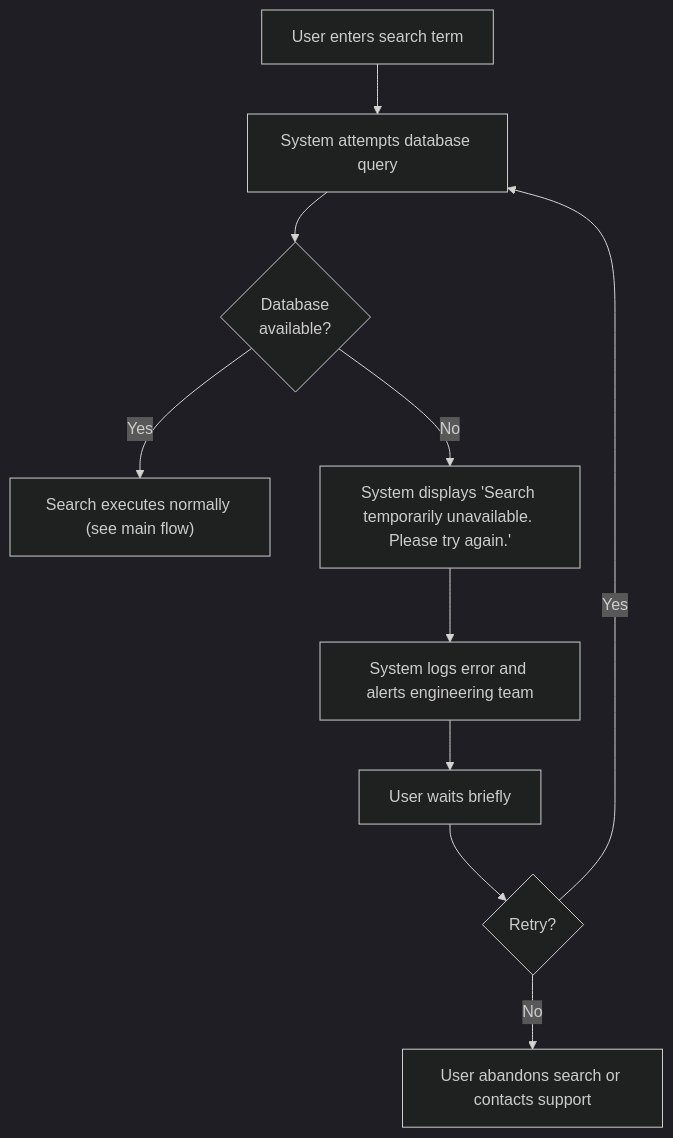
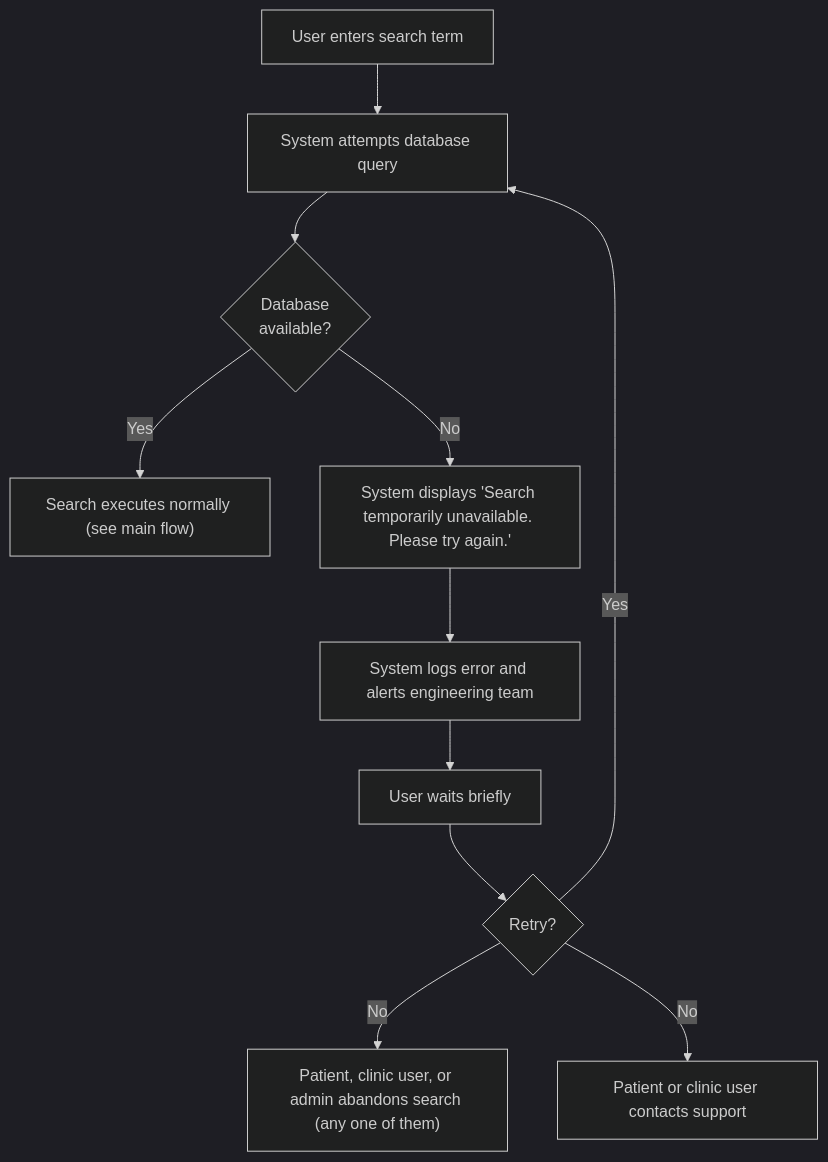
The eighth of 8 diagrams in project-requirements/functional-requirements/fr022-search-filtering/prd.md (joachimtrungtuan/hairline-pm-docs), drawn with Mermaid (dark theme) before and after one commit. The commit also changed other lines of this file and 40 other files, not shown here.

````diff
--- a/project-requirements/functional-requirements/fr022-search-filtering/prd.md
+++ b/project-requirements/functional-requirements/fr022-search-filtering/prd.md
@@ -302,12 +302,13 @@
 ```mermaid
 flowchart TD
   ENTER["User enters search term"] --> ATTEMPT["System attempts database query"]
   ATTEMPT --> STATUS{"Database\navailable?"}
   STATUS -- "Yes" --> SUCCESS["Search executes normally (see main flow)"]
   STATUS -- "No" --> FAIL["System displays 'Search temporarily unavailable. Please try again.'"]
   FAIL --> LOG["System logs error and alerts engineering team"]
   LOG --> WAIT["User waits briefly"]
   WAIT --> RETRY{"Retry?"}
   RETRY -- "Yes" --> ATTEMPT
-  RETRY -- "No" --> ABANDON["User abandons search or contacts support"]
+  RETRY -- "No" --> ABANDON["Patient, clinic user, or admin abandons search (any one of them)"]
+  RETRY -- "No" --> SUPPORT["Patient or clinic user contacts support"]
 ```
````
